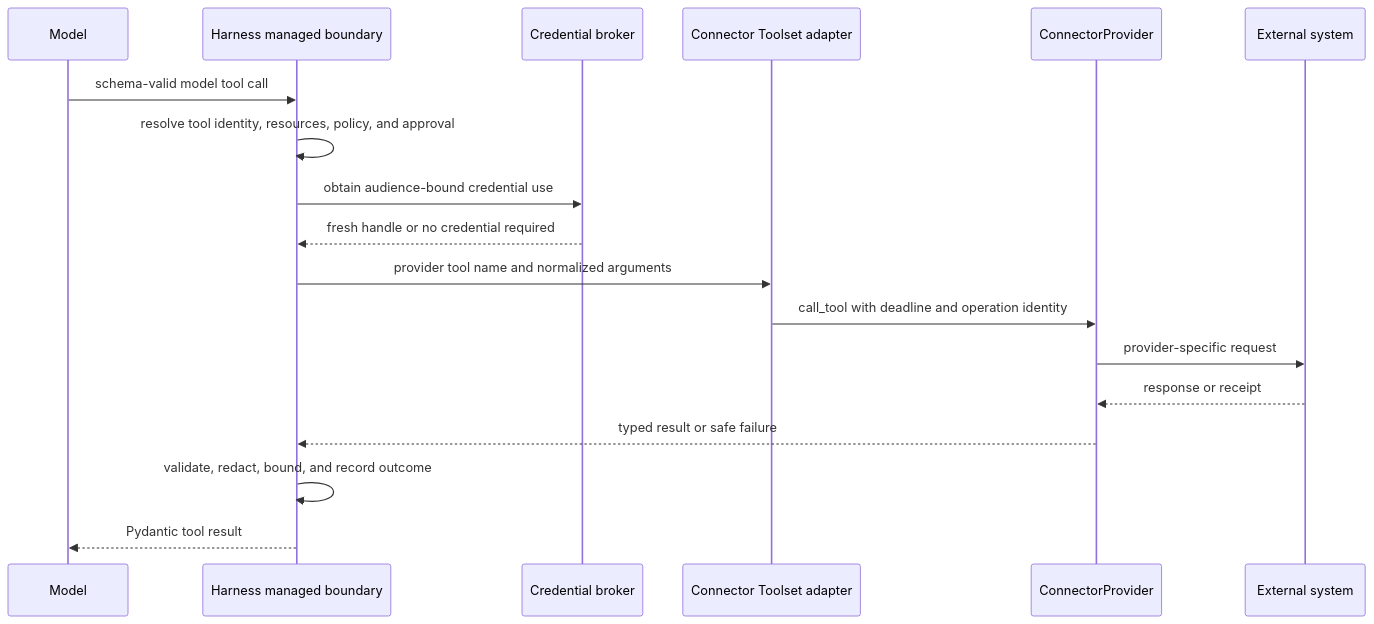
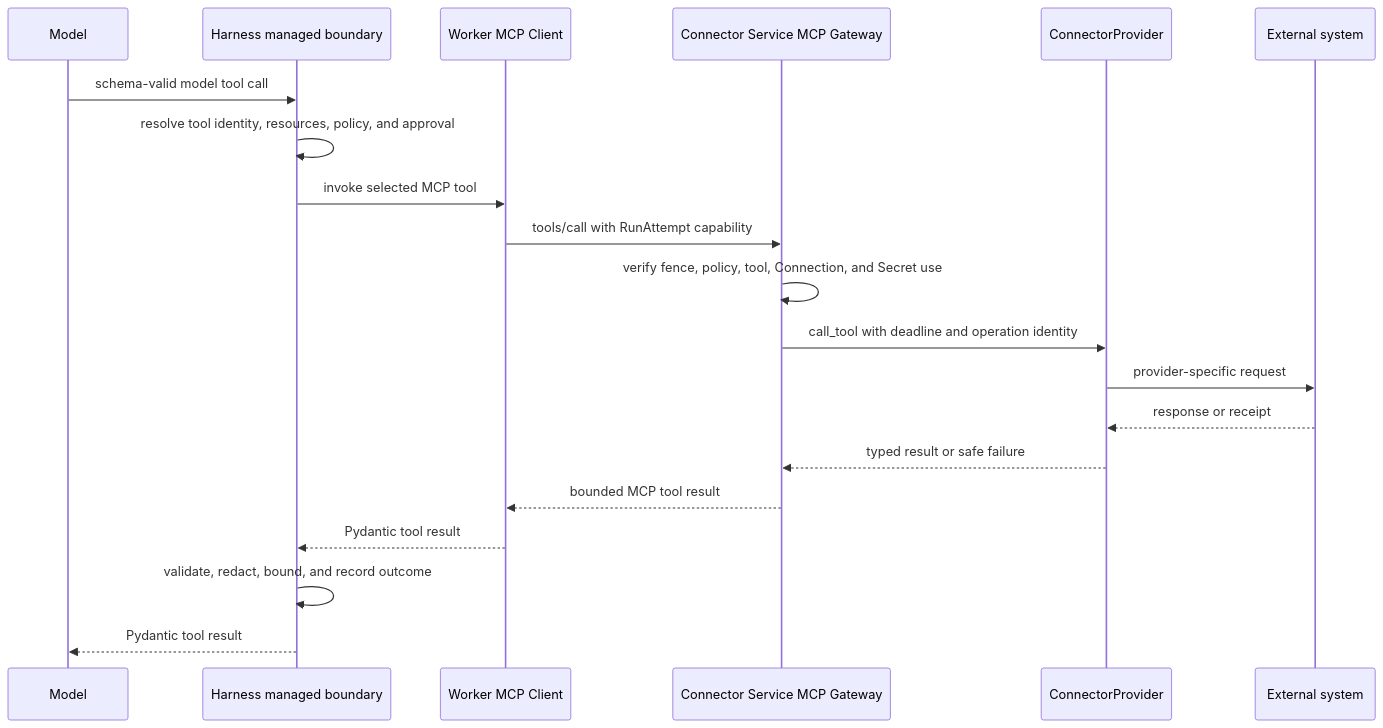
Before and after one commit to LTThreeComma/agent-foundation: the third of 4 diagrams in spec/foundation-service/23-connectors-connections-and-triggers.md, drawn with Mermaid. The commit also changed other lines of this file and 53 other files, not shown here.

First line of the commit message:
feat(connectors): implement managed Connector MCP runtime (#53)

````diff
--- a/spec/foundation-service/23-connectors-connections-and-triggers.md
+++ b/spec/foundation-service/23-connectors-connections-and-triggers.md
@@ -267,21 +516,23 @@
 ```mermaid
 sequenceDiagram
     participant Model
     participant Harness as Harness managed boundary
-    participant Broker as Credential broker
-    participant Adapter as Connector Toolset adapter
+    participant Client as Worker MCP Client
+    participant Gateway as Connector Service MCP Gateway
     participant Provider as ConnectorProvider
     participant External as External system
 
     Model->>Harness: schema-valid model tool call
     Harness->>Harness: resolve tool identity, resources, policy, and approval
-    Harness->>Broker: obtain audience-bound credential use
-    Broker-->>Harness: fresh handle or no credential required
-    Harness->>Adapter: provider tool name and normalized arguments
-    Adapter->>Provider: call_tool with deadline and operation identity
+    Harness->>Client: invoke selected MCP tool
+    Client->>Gateway: tools/call with RunAttempt capability
+    Gateway->>Gateway: verify fence, policy, tool, Connection, and Secret use
+    Gateway->>Provider: call_tool with deadline and operation identity
     Provider->>External: provider-specific request
     External-->>Provider: response or receipt
-    Provider-->>Harness: typed result or safe failure
+    Provider-->>Gateway: typed result or safe failure
+    Gateway-->>Client: bounded MCP tool result
+    Client-->>Harness: Pydantic tool result
     Harness->>Harness: validate, redact, bound, and record outcome
     Harness-->>Model: Pydantic tool result
 ```
````
